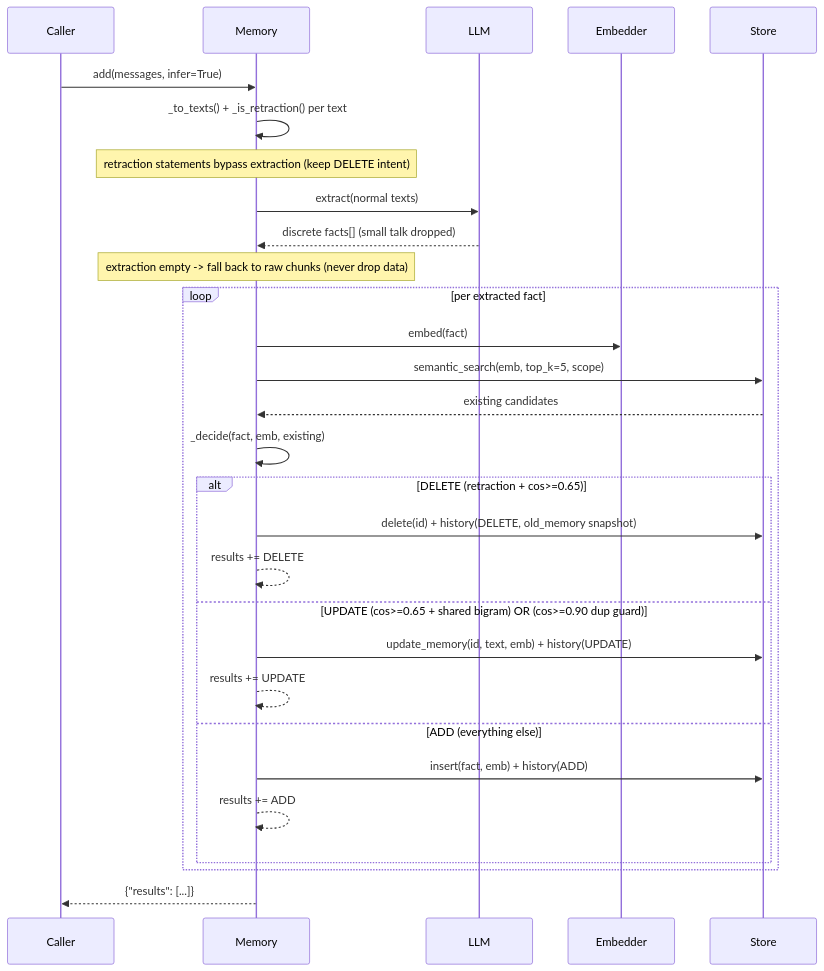
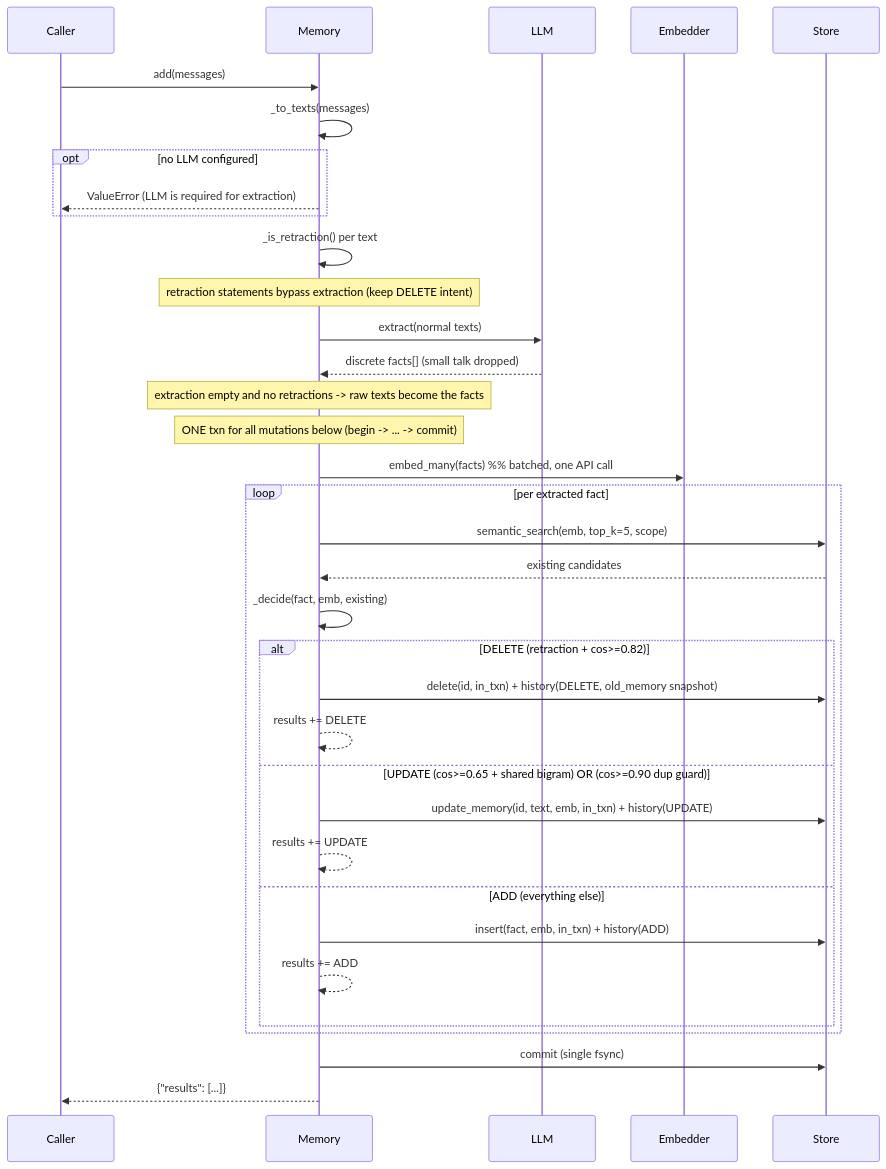
Before and after one commit to AnkitArya/memlite: the first of 5 diagrams in docs/flows.md, drawn with Mermaid. The commit also changed other lines of this file and 6 other files, not shown here.

First line of the commit message:
feat!: single add() path — LLM extraction always on, no infer flag

````diff
--- a/docs/flows.md
+++ b/docs/flows.md
@@ -26,31 +9,37 @@
 ```mermaid
 sequenceDiagram
     participant C as Caller
     participant M as Memory
     participant L as LLM
     participant E as Embedder
     participant S as Store
-    C->>M: add(messages, infer=True)
-    M->>M: _to_texts() + _is_retraction() per text
+    C->>M: add(messages)
+    M->>M: _to_texts(messages)
+    opt no LLM configured
+        M-->>C: ValueError (LLM is required for extraction)
+    end
+    M->>M: _is_retraction() per text
     Note over M: retraction statements bypass extraction (keep DELETE intent)
     M->>L: extract(normal texts)
     L-->>M: discrete facts[] (small talk dropped)
-    Note over M: extraction empty -> fall back to raw chunks (never drop data)
+    Note over M: extraction empty and no retractions -> raw texts become the facts
+    Note over M: ONE txn for all mutations below (begin -> ... -> commit)
+    M->>E: embed_many(facts)  %% batched, one API call
     loop per extracted fact
-        M->>E: embed(fact)
         M->>S: semantic_search(emb, top_k=5, scope)
         S-->>M: existing candidates
         M->>M: _decide(fact, emb, existing)
-        alt DELETE (retraction + cos>=0.65)
-            M->>S: delete(id) + history(DELETE, old_memory snapshot)
+        alt DELETE (retraction + cos>=0.82)
+            M->>S: delete(id, in_txn) + history(DELETE, old_memory snapshot)
             M-->>M: results += DELETE
         else UPDATE (cos>=0.65 + shared bigram) OR (cos>=0.90 dup guard)
-            M->>S: update_memory(id, text, emb) + history(UPDATE)
+            M->>S: update_memory(id, text, emb, in_txn) + history(UPDATE)
             M-->>M: results += UPDATE
         else ADD (everything else)
-            M->>S: insert(fact, emb) + history(ADD)
+            M->>S: insert(fact, emb, in_txn) + history(ADD)
             M-->>M: results += ADD
         end
     end
+    M->>S: commit (single fsync)
     M-->>C: {"results": [...]}
 ```
````
